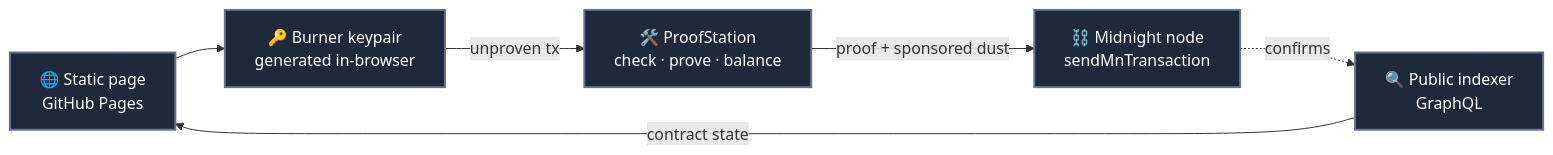
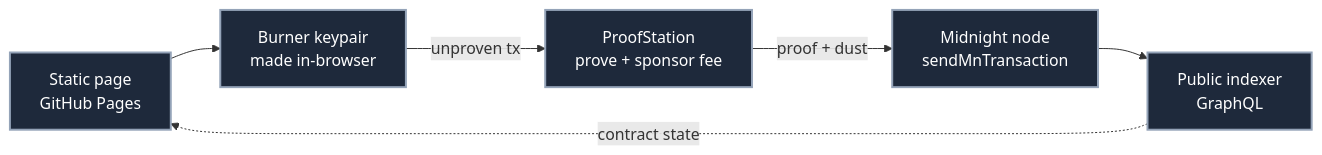
One commit to MJ-Jinx/waterline changed the second of 2 diagrams in README.md. Above: the diagram before and after it, drawn with Mermaid. The commit also changed other lines of this file and 3 other files, not shown here.

````diff
--- a/README.md
+++ b/README.md
@@ -149,17 +176,17 @@
 ```mermaid
 flowchart LR
-    B["🌐 Static page<br/>GitHub Pages"]
-    K["🔑 Burner keypair<br/>generated in-browser"]
-    P["🛠️ ProofStation<br/>check · prove · balance"]
-    N["⛓️ Midnight node<br/>sendMnTransaction"]
-    I["🔍 Public indexer<br/>GraphQL"]
+    B["Static page<br/>GitHub Pages"]
+    K["Burner keypair<br/>made in-browser"]
+    P["ProofStation<br/>prove + sponsor fee"]
+    N["Midnight node<br/>sendMnTransaction"]
+    I["Public indexer<br/>GraphQL"]
 
     B --> K
     K -->|"unproven tx"| P
-    P -->|"proof + sponsored dust"| N
-    I -->|"contract state"| B
-    N -.->|"confirms"| I
+    P -->|"proof + dust"| N
+    N --> I
+    I -.->|"contract state"| B
 
-    classDef n fill:#1e293b,stroke:#64748b,stroke-width:2px,color:#fff
+    classDef n fill:#1e293b,stroke:#94a3b8,stroke-width:2px,color:#fff
     class B,K,P,N,I n
 ```
````
